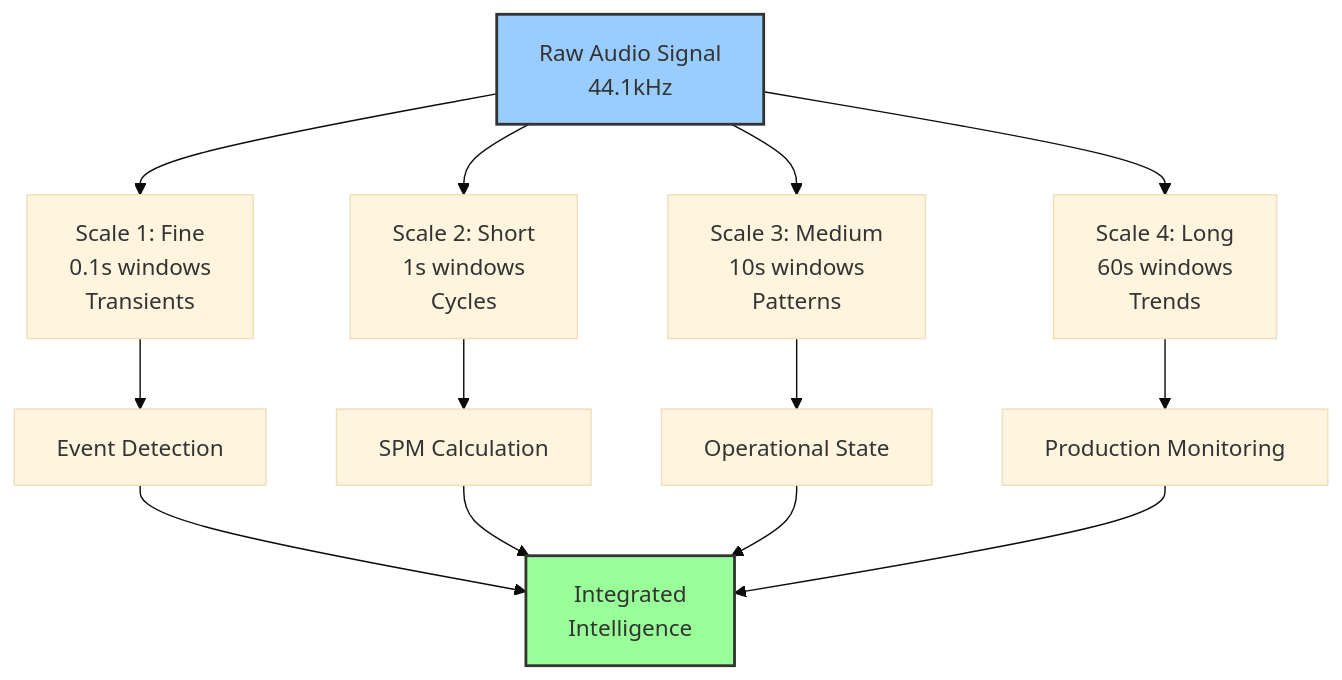
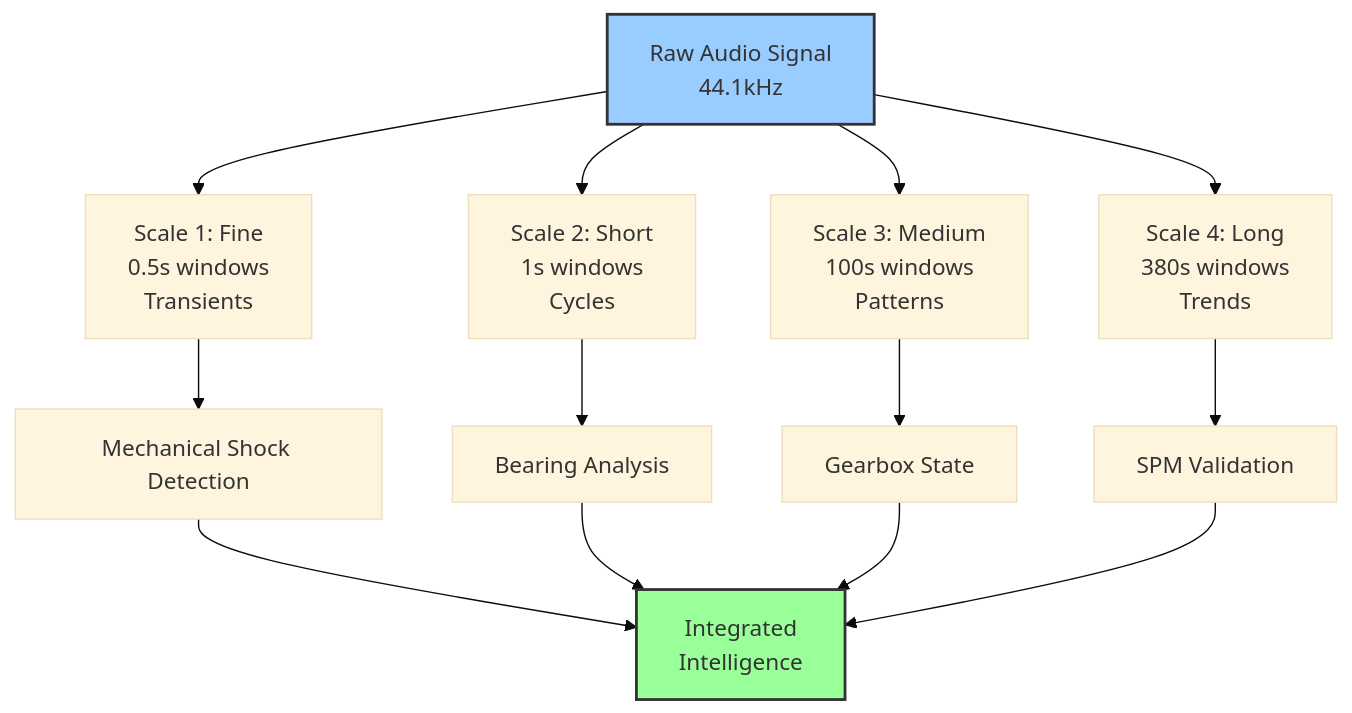
Before and after one commit to wonder-dmercadal/PublicReports: the fourth of 11 diagrams in HESS_Report.md, drawn with Mermaid (base theme). The commit also changed other lines of this file, not shown here.

````diff
--- a/HESS_Report.md
+++ b/HESS_Report.md
@@ -169,19 +169,19 @@
 ```mermaid
 graph TB
-    A[Raw Audio Signal<br/>44.1kHz] --> B[Scale 1: Fine<br/>0.1s windows<br/>Transients]
+    A[Raw Audio Signal<br/>44.1kHz] --> B[Scale 1: Fine<br/>0.5s windows<br/>Transients]
     A --> C[Scale 2: Short<br/>1s windows<br/>Cycles]
-    A --> D[Scale 3: Medium<br/>10s windows<br/>Patterns]
-    A --> E[Scale 4: Long<br/>60s windows<br/>Trends]
+    A --> D[Scale 3: Medium<br/>100s windows<br/>Patterns]
+    A --> E[Scale 4: Long<br/>380s windows<br/>Trends]
     
-    B --> F[Event Detection]
-    C --> G[SPM Calculation]
-    D --> H[Operational State]
-    E --> I[Production Monitoring]
+    B --> F[Mechanical Shock Detection]
+    C --> G[Bearing Analysis]
+    D --> H[Gearbox State]
+    E --> I[SPM Validation]
     
     style A fill:#9cf,stroke:#333,stroke-width:2px
     F --> J[Integrated<br/>Intelligence]
     G --> J
     H --> J
     I --> J
     style J fill:#9f9,stroke:#333,stroke-width:2px
 ```
````
